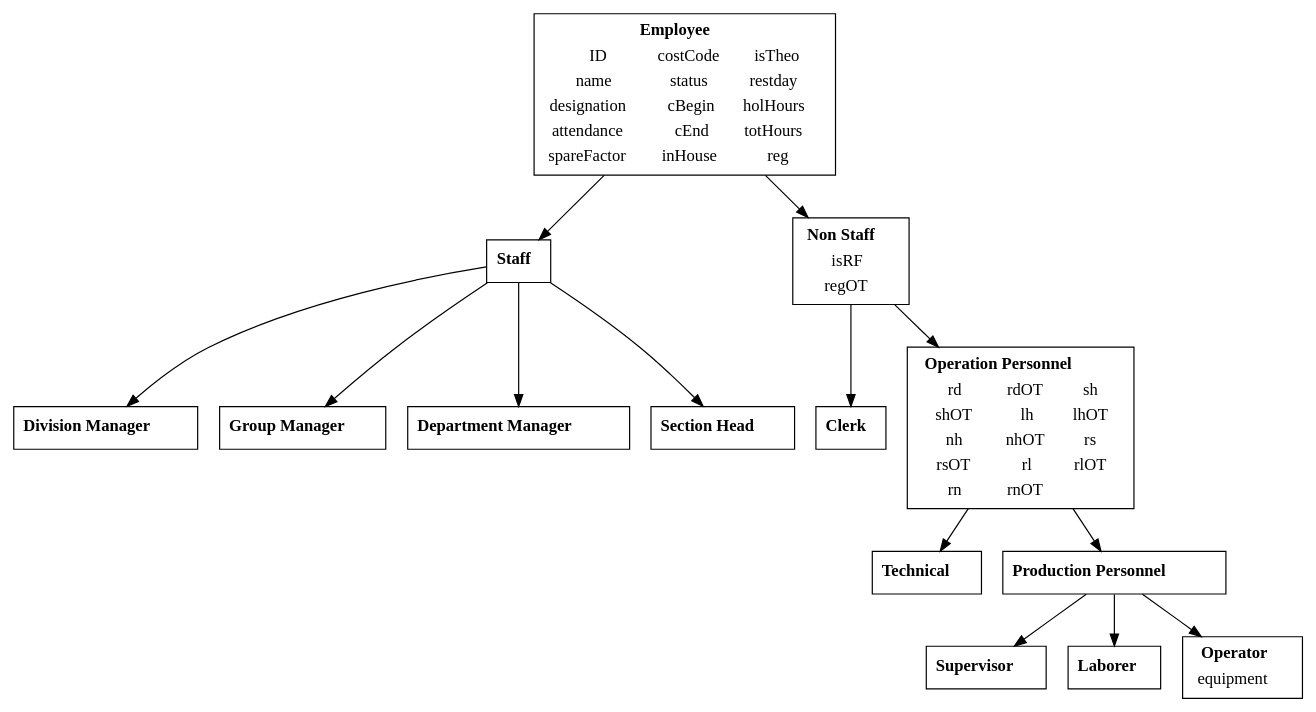
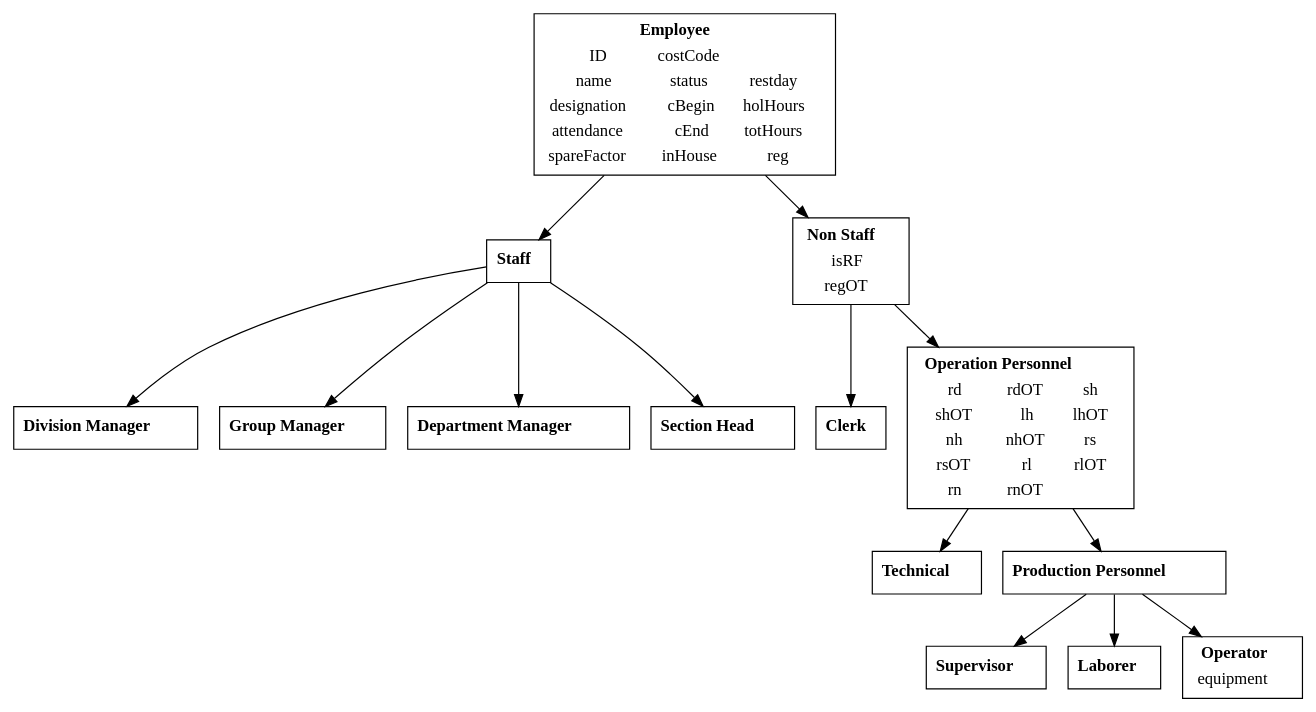
Before and after one commit to basilrabi/mansched: the diagram in vignettes/class.Rmd, drawn with Graphviz. The commit also changed other lines of this file and 10 other files, not shown here.

```diff
--- a/vignettes/class.Rmd
+++ b/vignettes/class.Rmd
@@ -24,7 +24,7 @@
   <TR>
     <TD>ID</TD>
     <TD>costCode</TD>
-    <TD>isTheo</TD>
+    <TD></TD>
   </TR>
   <TR>
     <TD>name</TD>
```
